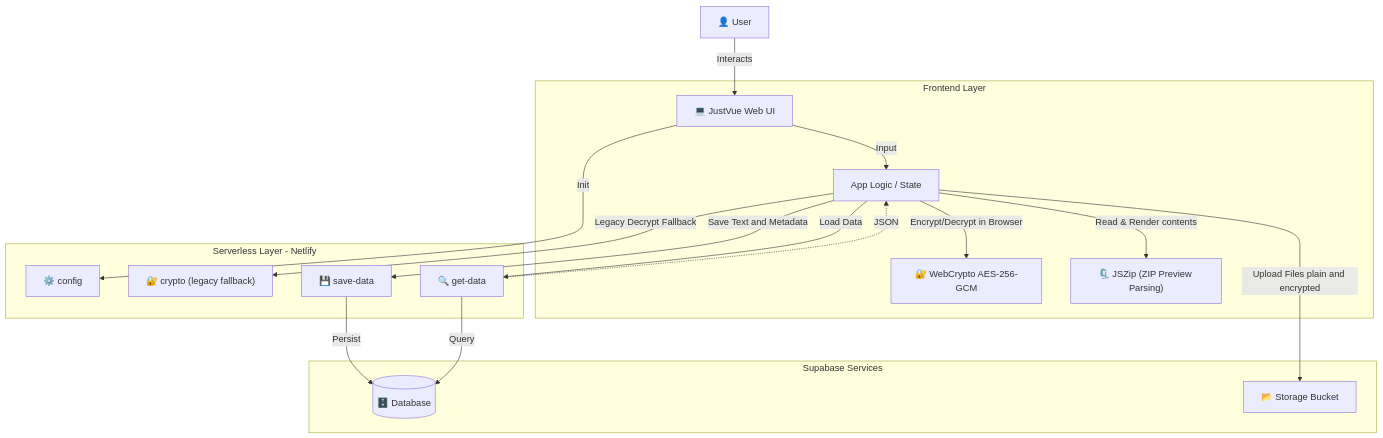
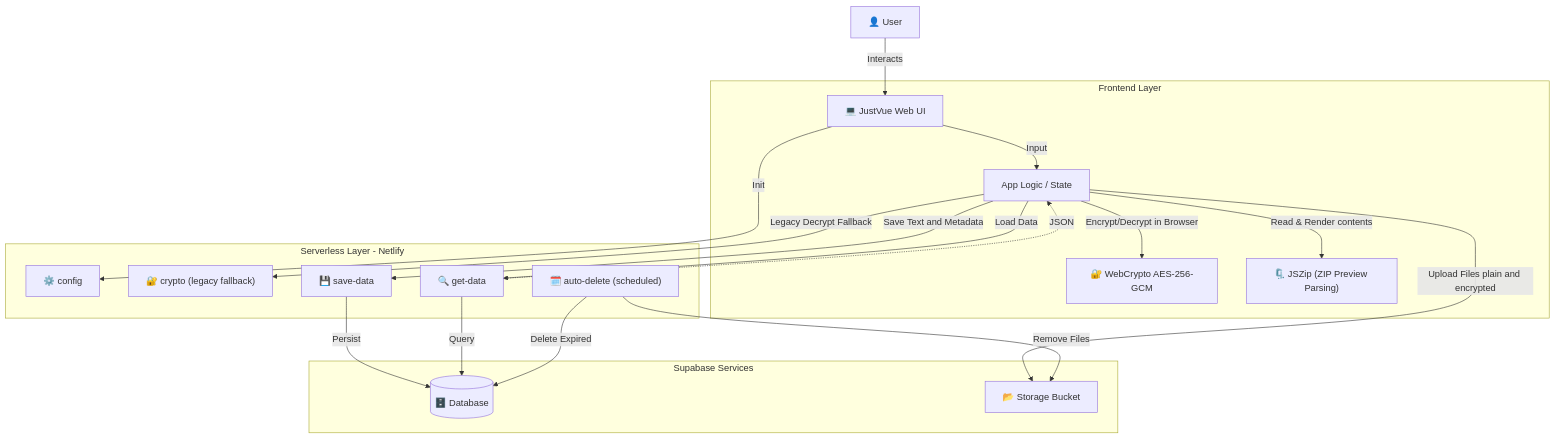
Before and after one commit to Surventurer/JustVue: the diagram in README.md, drawn with Mermaid. The commit also changed other lines of this file, not shown here.

Commit message:
docs: add documentation for 30-day auto-delete feature and IST timestamps to README

````diff
--- a/README.md
+++ b/README.md
@@ -54,39 +63,42 @@
 ```mermaid
 flowchart TD
     User["👤 User"] -->|Interacts| UI["💻 JustVue Web UI"]
     
     subgraph Frontend ["Frontend Layer"]
         UI
         Logic["App Logic / State"]
         Crypto["🔐 WebCrypto AES-256-GCM"]
         Zipping["🗜️ JSZip (ZIP Preview Parsing)"]
     end
     
     subgraph Backend ["Serverless Layer - Netlify"]
         Config["⚙️ config"]
         ServerCrypto["🔐 crypto (legacy fallback)"]
         Save["💾 save-data"]
         Get["🔍 get-data"]
+        AutoDel["🗓️ auto-delete (scheduled)"]
     end
     
     subgraph Database ["Supabase Services"]
         DB[("🗄️ Database")]
         Storage["📂 Storage Bucket"]
     end
     
     UI -->|Init| Config
     UI -->|Input| Logic
     
     Logic -->|Encrypt/Decrypt in Browser| Crypto
     Logic -->|Read & Render contents| Zipping
     Logic -->|Upload Files plain and encrypted| Storage
     Logic -->|Save Text and Metadata| Save
     
     Logic -->|Legacy Decrypt Fallback| ServerCrypto
     
     Save -->|Persist| DB
     Get -->|Query| DB
+    AutoDel -->|Delete Expired| DB
+    AutoDel -->|Remove Files| Storage
     
     Logic -->|Load Data| Get
     Get -.->|JSON| Logic
 ```
````
